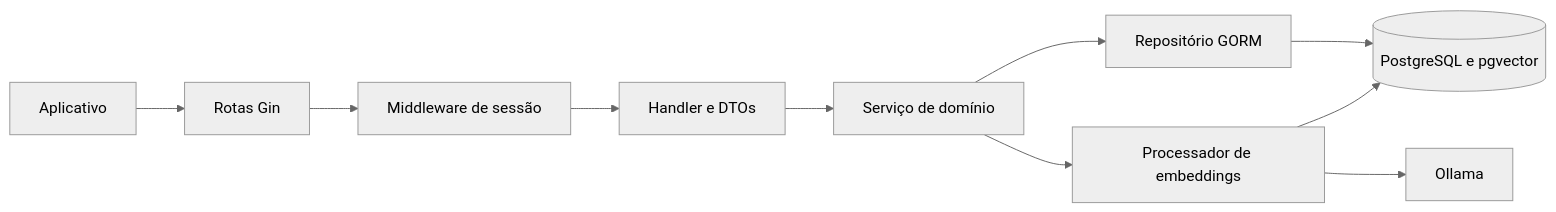
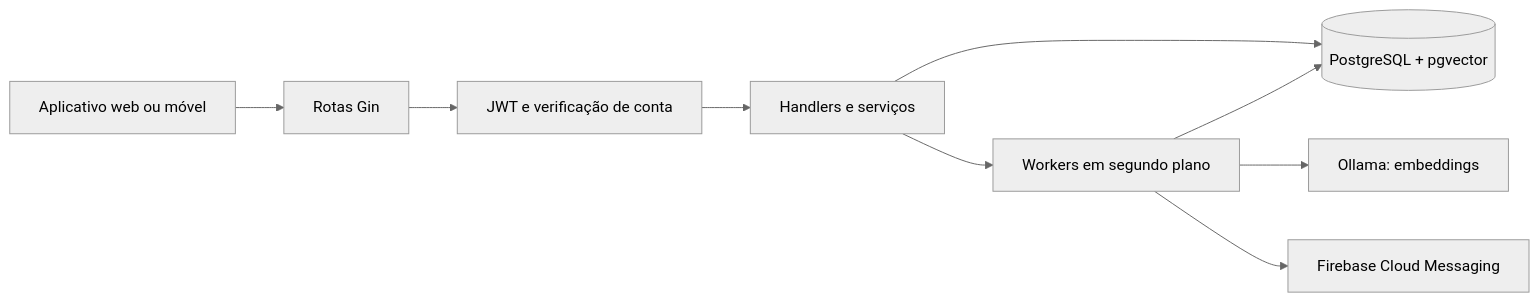
The diagram in docs/arquitetura.md (rafakimanja/nexus-tech-api), drawn with Mermaid (neutral theme) before and after one commit. The commit also changed other lines of this file and 18 other files, not shown here.

````diff
--- a/docs/arquitetura.md
+++ b/docs/arquitetura.md
@@ -11,12 +10,11 @@
 ```mermaid
 flowchart LR
-    App[Aplicativo] --> Gin[Rotas Gin]
-    Gin --> Auth[Middleware de sessão]
-    Auth --> Handler[Handler e DTOs]
-    Handler --> Service[Serviço de domínio]
-    Service --> Repo[Repositório GORM]
-    Repo --> DB[(PostgreSQL e pgvector)]
-    Service --> Embed[Processador de embeddings]
-    Embed --> Ollama[Ollama]
-    Embed --> DB
+    App[Aplicativo web ou móvel] --> HTTP[Rotas Gin]
+    HTTP --> Auth[JWT e verificação de conta]
+    Auth --> Domain[Handlers e serviços]
+    Domain --> DB[(PostgreSQL + pgvector)]
+    Domain --> Jobs[Workers em segundo plano]
+    Jobs --> Ollama[Ollama: embeddings]
+    Jobs --> DB
+    Jobs --> FCM[Firebase Cloud Messaging]
 ```
````
